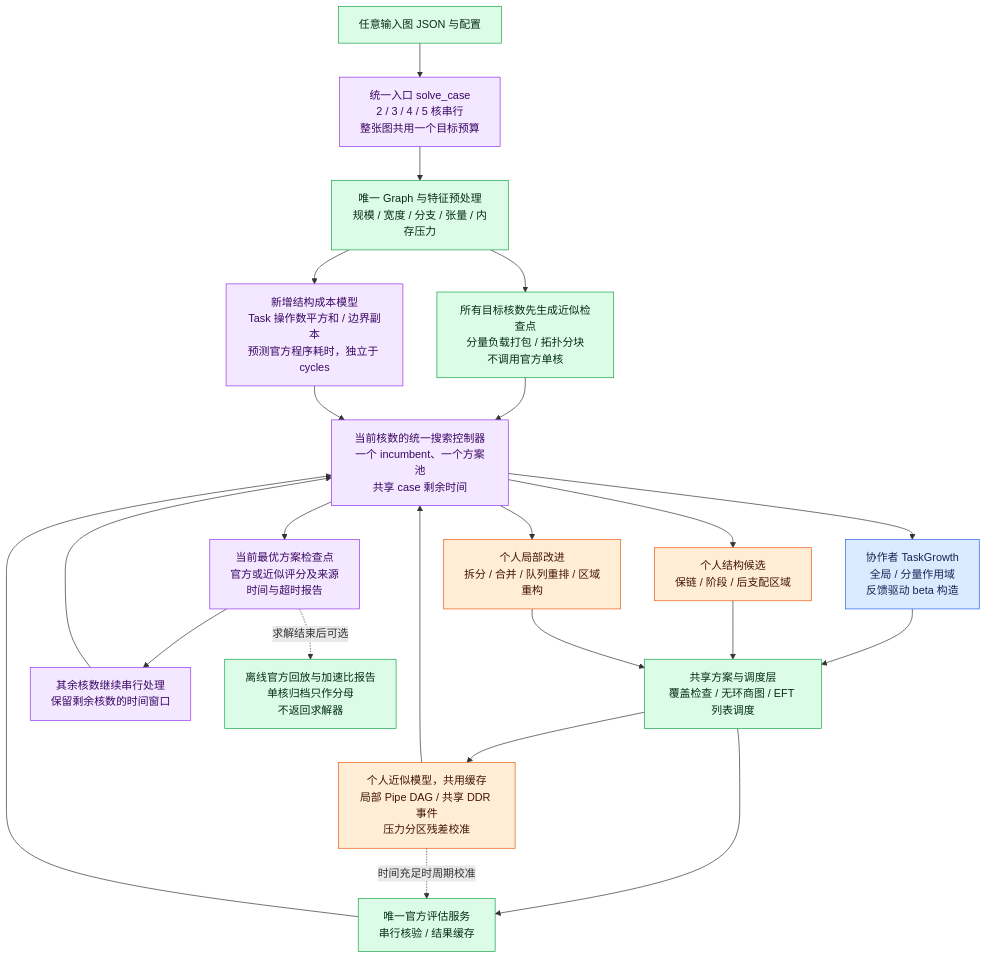
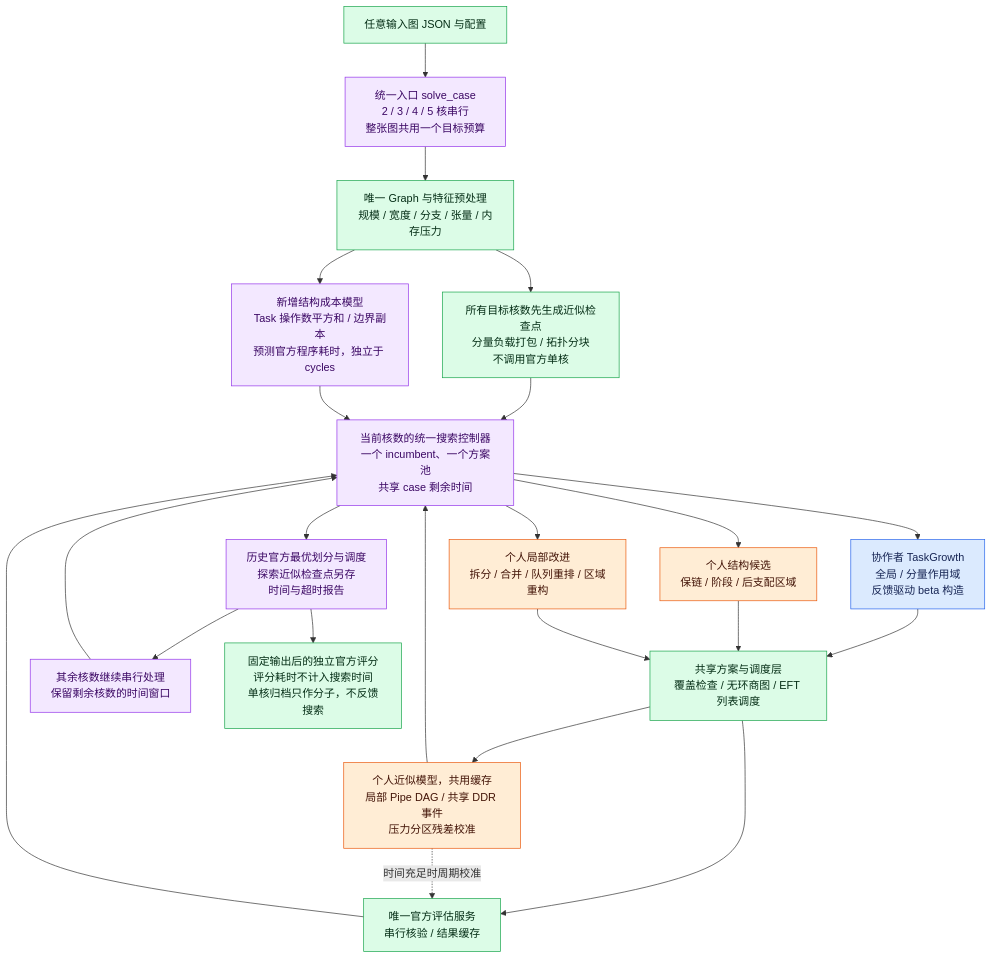
The diagram in docs/q1/unified.md (Kk111777/HuaweiCup2026A), drawn with Mermaid before and after one commit. The commit also changed other lines of this file and 19 other files, not shown here.

````diff
--- a/docs/q1/unified.md
+++ b/docs/q1/unified.md
@@ -43,28 +43,28 @@
 ```mermaid
 flowchart TB
     IN[任意输入图 JSON 与配置]:::shared --> API[统一入口 solve_case<br/>2 / 3 / 4 / 5 核串行<br/>整张图共用一个目标预算]:::control
     API --> MODEL[唯一 Graph 与特征预处理<br/>规模 / 宽度 / 分支 / 张量 / 内存压力]:::shared
     MODEL --> SEED[所有目标核数先生成近似检查点<br/>分量负载打包 / 拓扑分块<br/>不调用官方单核]:::shared
     SEED --> CONTROL[当前核数的统一搜索控制器<br/>一个 incumbent、一个方案池<br/>共享 case 剩余时间]:::control
     CONTROL --> GROW[协作者 TaskGrowth<br/>全局 / 分量作用域<br/>反馈驱动 beta 构造]:::base
     CONTROL --> STRUCT[个人结构候选<br/>保链 / 阶段 / 后支配区域]:::personal
     CONTROL --> LOCAL[个人局部改进<br/>拆分 / 合并 / 队列重排 / 区域重构]:::personal
     GROW --> PLAN[共享方案与调度层<br/>覆盖检查 / 无环商图 / EFT 列表调度]:::shared
     STRUCT --> PLAN
     LOCAL --> PLAN
     PLAN --> FILTER[个人近似模型，共用缓存<br/>局部 Pipe DAG / 共享 DDR 事件<br/>压力分区残差校准]:::personal
     MODEL --> COST[新增结构成本模型<br/>Task 操作数平方和 / 边界副本<br/>预测官方程序耗时，独立于 cycles]:::control
     COST --> CONTROL
     PLAN --> EVAL[唯一官方评估服务<br/>串行核验 / 结果缓存]:::shared
     FILTER --> CONTROL
     FILTER -. 时间充足时周期校准 .-> EVAL
     EVAL --> CONTROL
-    CONTROL --> OUT[当前最优方案检查点<br/>官方或近似评分及来源<br/>时间与超时报告]:::control
+    CONTROL --> OUT[历史官方最优划分与调度<br/>探索近似检查点另存<br/>时间与超时报告]:::control
     OUT --> NEXT[其余核数继续串行处理<br/>保留剩余核数的时间窗口]:::control
     NEXT --> CONTROL
-    OUT -. 求解结束后可选 .-> REPORT[离线官方回放与加速比报告<br/>单核归档只作分母<br/>不返回求解器]:::shared
+    OUT --> REPORT[固定输出后的独立官方评分<br/>评分耗时不计入搜索时间<br/>单核归档只作分子，不反馈搜索]:::shared
     classDef base fill:#dbeafe,stroke:#2563eb,color:#172554
     classDef personal fill:#ffedd5,stroke:#ea580c,color:#431407
     classDef shared fill:#dcfce7,stroke:#16a34a,color:#052e16
     classDef control fill:#f3e8ff,stroke:#9333ea,color:#3b0764
 ```
````
